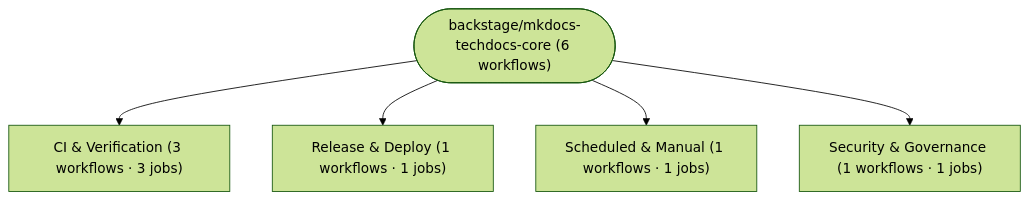
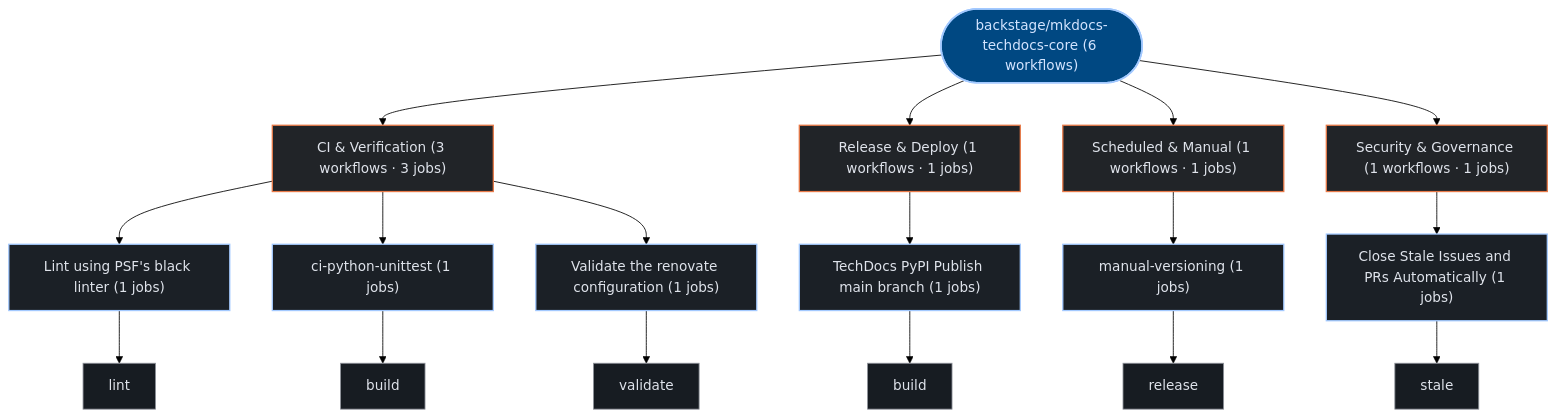
Before and after one commit to kumarshaz/atruss-code-atlas: the second of 2 diagrams in exports/latest/reports/backstage-mkdocs-techdocs-core-report.md, drawn with Mermaid (forest theme). The commit also changed other lines of this file and 331 other files, not shown here.

Commit message:
docs,ui,fix: update SDLC docs, reorder CI/CD DAG first, stylize Mermaid, and fix Arc42 pipeline topology

````diff
--- a/exports/latest/reports/backstage-mkdocs-techdocs-core-report.md
+++ b/exports/latest/reports/backstage-mkdocs-techdocs-core-report.md
@@ -102,12 +106,43 @@
 ```mermaid
 graph TD;
-  pipeline_root(["backstage/mkdocs-techdocs-core (6 workflows)"])
-  grp_0_CI___Verification["CI & Verification (3 workflows · 3 jobs)"]
+  classDef atlasRoot fill:#004882,stroke:#a3c9ff,stroke-width:2px,color:#d3e4ff
+  classDef atlasCategory fill:#212428,stroke:#E87A48,stroke-width:1.5px,color:#dfe3eb
+  classDef atlasWorkflow fill:#1b2026,stroke:#a3c9ff,stroke-width:1.5px,color:#dfe3eb
+  classDef atlasJob fill:#171c22,stroke:#8d9199,stroke-width:1px,color:#dfe3eb
+  classDef atlasTarget fill:#005227,stroke:#8bd99b,stroke-width:1.5px,color:#a7f6b6
+  classDef atlasAlert fill:#93000a,stroke:#ffb4ab,stroke-width:1.5px,color:#ffdad6
+  classDef atlasMore fill:#252a31,stroke:#8d9199,stroke-dasharray:4 4,color:#c3c6cf
+  pipeline_root(["backstage/mkdocs-techdocs-core (6 workflows)"]):::atlasRoot
+  grp_0_CI___Verification["CI & Verification (3 workflows · 3 jobs)"]:::atlasCategory
   pipeline_root --> grp_0_CI___Verification
-  grp_1_Release___Deploy["Release & Deploy (1 workflows · 1 jobs)"]
+  wf_1_Lint_using_PSF_s_black_linter["Lint using PSF's black linter (1 jobs)"]:::atlasWorkflow
+  grp_0_CI___Verification --> wf_1_Lint_using_PSF_s_black_linter
+  job_1_lint["lint"]:::atlasJob
+  wf_1_Lint_using_PSF_s_black_linter --> job_1_lint
+  wf_4_ci_python_unittest["ci-python-unittest (1 jobs)"]:::atlasWorkflow
+  grp_0_CI___Verification --> wf_4_ci_python_unittest
+  job_4_build["build"]:::atlasJob
+  wf_4_ci_python_unittest --> job_4_build
+  wf_5_Validate_the_renovate_configuration["Validate the renovate configuration (1 jobs)"]:::atlasWorkflow
+  grp_0_CI___Verification --> wf_5_Validate_the_renovate_configuration
+  job_5_validate["validate"]:::atlasJob
+  wf_5_Validate_the_renovate_configuration --> job_5_validate
+  grp_1_Release___Deploy["Release & Deploy (1 workflows · 1 jobs)"]:::atlasCategory
   pipeline_root --> grp_1_Release___Deploy
-  grp_2_Scheduled___Manual["Scheduled & Manual (1 workflows · 1 jobs)"]
+  wf_3_TechDocs_PyPI_Publish_main_branch["TechDocs PyPI Publish main branch (1 jobs)"]:::atlasWorkflow
+  grp_1_Release___Deploy --> wf_3_TechDocs_PyPI_Publish_main_branch
+  job_3_build["build"]:::atlasJob
+  wf_3_TechDocs_PyPI_Publish_main_branch --> job_3_build
+  grp_2_Scheduled___Manual["Scheduled & Manual (1 workflows · 1 jobs)"]:::atlasCategory
   pipeline_root --> grp_2_Scheduled___Manual
-  grp_3_Security___Governance["Security & Governance (1 workflows · 1 jobs)"]
+  wf_2_manual_versioning["manual-versioning (1 jobs)"]:::atlasWorkflow
+  grp_2_Scheduled___Manual --> wf_2_manual_versioning
+  job_2_release["release"]:::atlasJob
+  wf_2_manual_versioning --> job_2_release
+  grp_3_Security___Governance["Security & Governance (1 workflows · 1 jobs)"]:::atlasCategory
   pipeline_root --> grp_3_Security___Governance
+  wf_0_Close_Stale_Issues_and_PRs_Automatically["Close Stale Issues and PRs Automatically (1 jobs)"]:::atlasWorkflow
+  grp_3_Security___Governance --> wf_0_Close_Stale_Issues_and_PRs_Automatically
+  job_0_stale["stale"]:::atlasJob
+  wf_0_Close_Stale_Issues_and_PRs_Automatically --> job_0_stale
 ```
````
